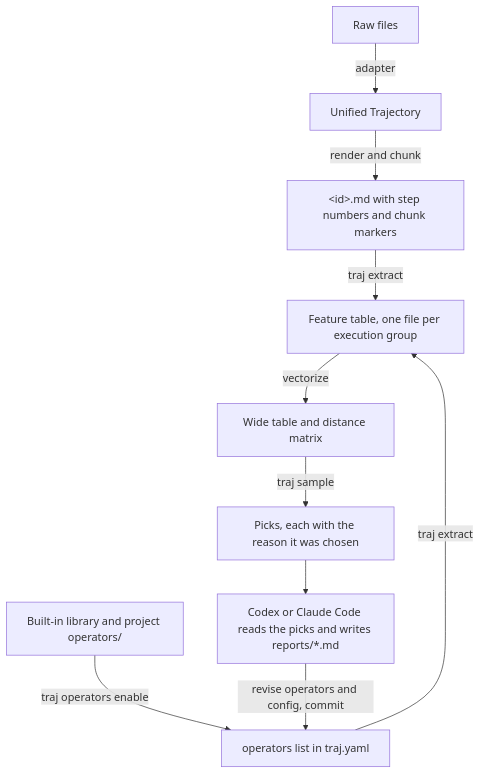
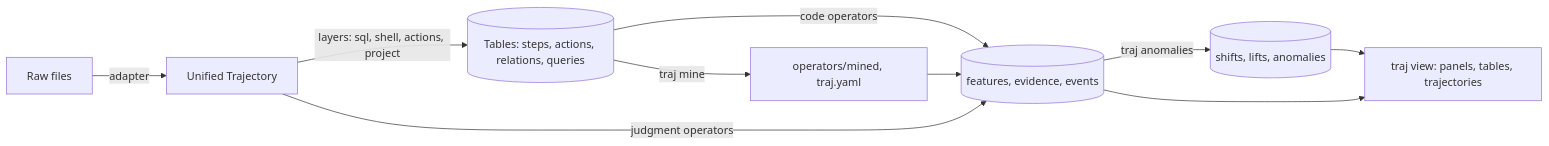
The diagram in docs/design.md (Lincyaw/traj-analyzer), drawn with Mermaid before and after one commit. The commit also changed other lines of this file and 188 other files, not shown here.

````diff
--- a/docs/design.md
+++ b/docs/design.md
@@ -13,12 +18,12 @@
 ```mermaid
-flowchart TD
+flowchart LR
     raw[Raw files] -->|adapter| unified[Unified Trajectory]
-    unified -->|render and chunk| md["&lt;id&gt;.md with step numbers and chunk markers"]
-    library[Built-in library and project operators/] -->|traj operators enable| config["operators list in traj.yaml"]
-    config -->|traj extract| table[Feature table, one file per execution group]
-    md -->|traj extract| table
-    table -->|vectorize| frame[Wide table and distance matrix]
-    frame -->|traj sample| picks[Picks, each with the reason it was chosen]
-    picks --> report["Codex or Claude Code reads the picks and writes reports/*.md"]
-    report -->|revise operators and config, commit| config
+    unified -->|layers: sql, shell, actions, project| tables[(Tables: steps, actions, relations, queries)]
+    tables -->|code operators| features[(features, evidence, events)]
+    unified -->|judgment operators| features
+    features -->|traj anomalies| anomalies[(shifts, lifts, anomalies)]
+    features --> view[traj view: panels, tables, trajectories]
+    anomalies --> view
+    tables -->|traj mine| mined[operators/mined, traj.yaml]
+    mined --> features
 ```
````
